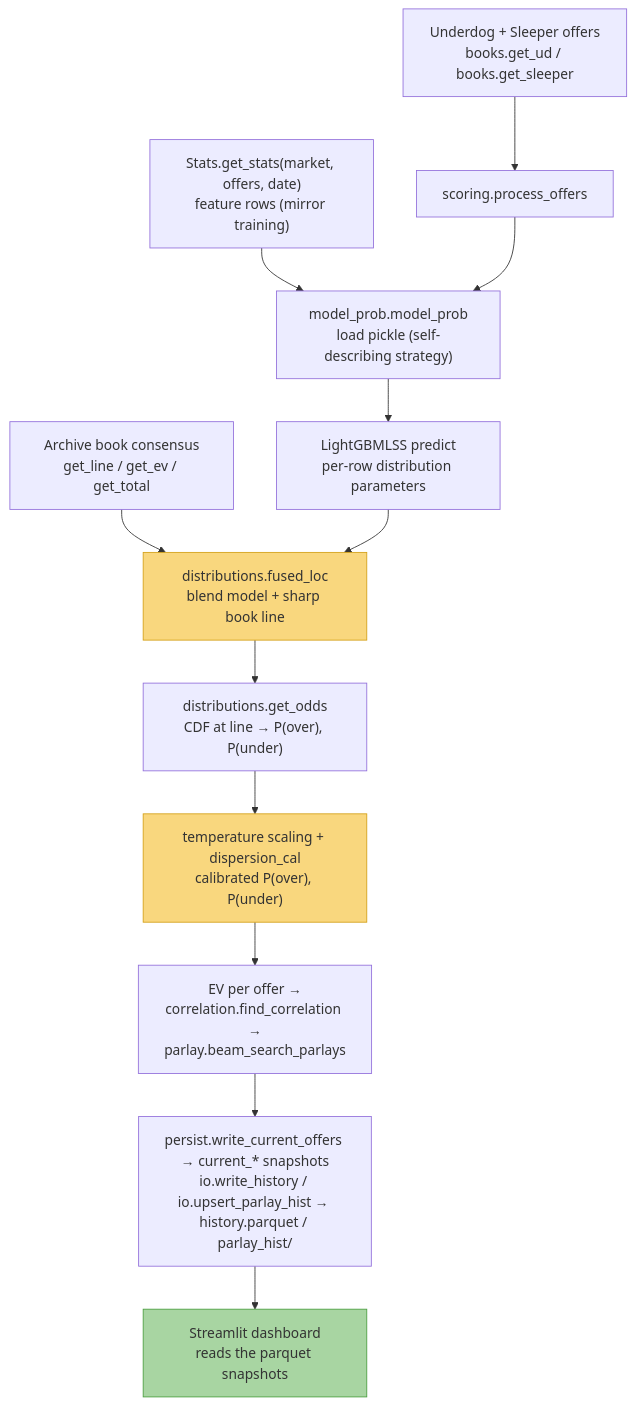
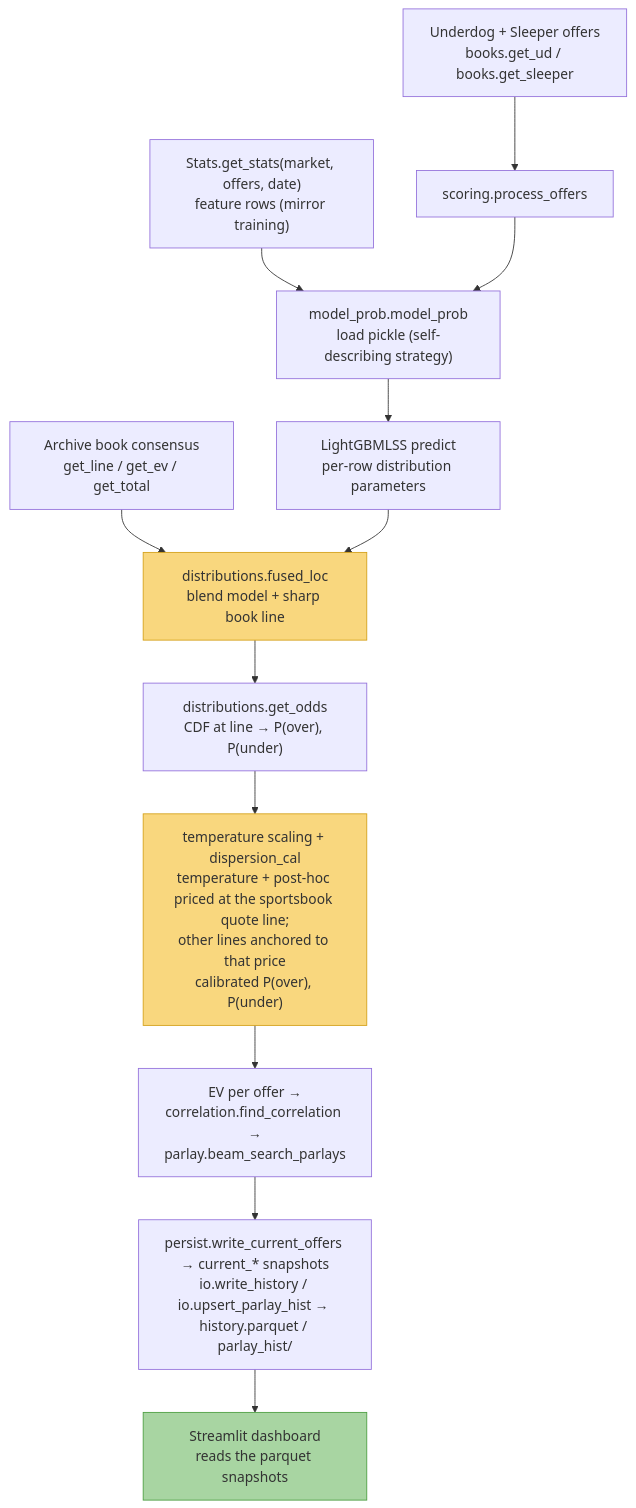
The second of 2 diagrams in docs/pipeline_diagrams.md (tjjerome/Sportstradamus), drawn with Mermaid before and after one commit. The commit also changed 4 other files, not shown here.

First line of the commit message:
docs: the quote-line anchor and the temperature verdict

````diff
--- a/docs/pipeline_diagrams.md
+++ b/docs/pipeline_diagrams.md
@@ -31,18 +31,18 @@
 ```mermaid
 flowchart TD
     A["Underdog + Sleeper offers<br/>books.get_ud / books.get_sleeper"] --> B["scoring.process_offers"]
     S["Stats.get_stats(market, offers, date)<br/>feature rows (mirror training)"] --> C
     B --> C["model_prob.model_prob<br/>load pickle (self-describing strategy)"]
     C --> D["LightGBMLSS predict<br/>per-row distribution parameters"]
     AR["Archive book consensus<br/>get_line / get_ev / get_total"] --> E
     D --> E["distributions.fused_loc<br/>blend model + sharp book line"]
     E --> F["distributions.get_odds<br/>CDF at line → P(over), P(under)"]
-    F --> G["temperature scaling + dispersion_cal<br/>calibrated P(over), P(under)"]
+    F --> G["temperature scaling + dispersion_cal<br/>temperature + post-hoc priced at the sportsbook quote line;<br/>other lines anchored to that price<br/>calibrated P(over), P(under)"]
     G --> H["EV per offer →<br/>correlation.find_correlation →<br/>parlay.beam_search_parlays"]
     H --> I["persist.write_current_offers → current_* snapshots<br/>io.write_history / io.upsert_parlay_hist → history.parquet / parlay_hist/"]
     I --> J["Streamlit dashboard<br/>reads the parquet snapshots"]
 
     style E fill:#f9d77e,stroke:#d4a017
     style G fill:#f9d77e,stroke:#d4a017
     style J fill:#a8d5a2,stroke:#4a9e3f
 ```
````
